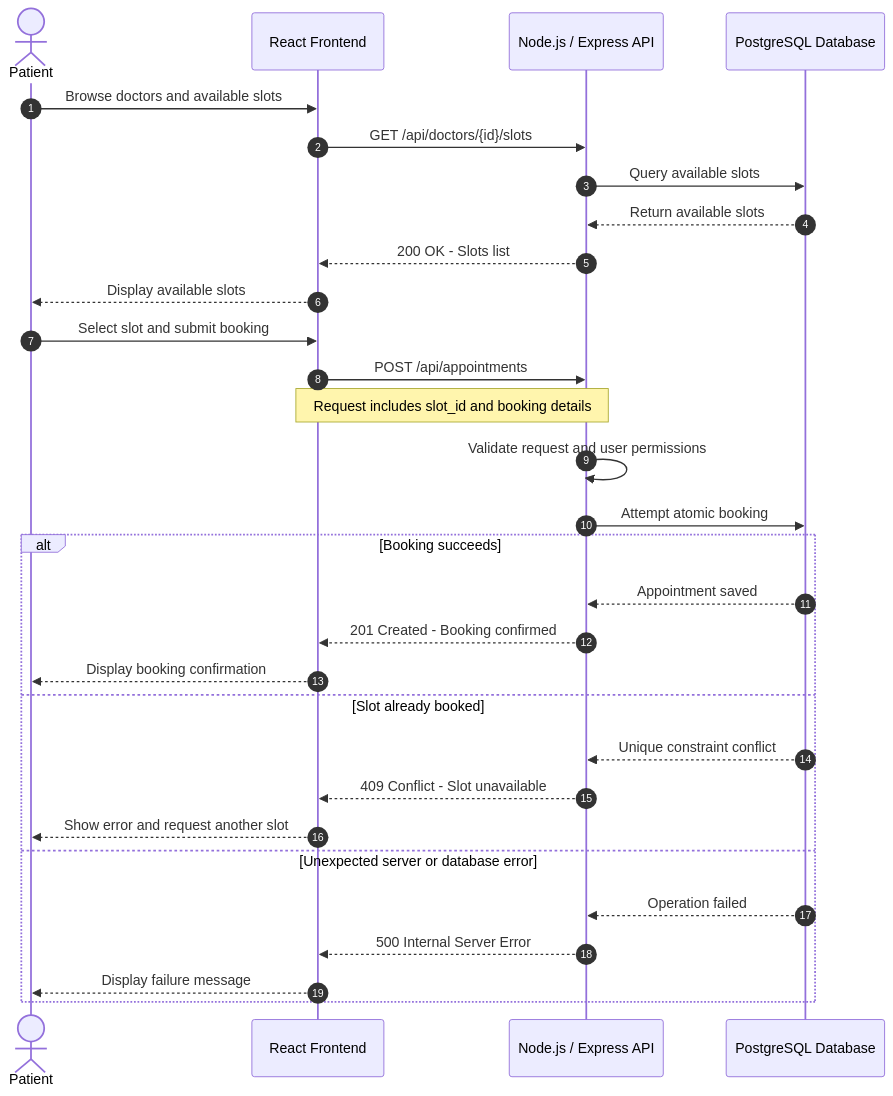
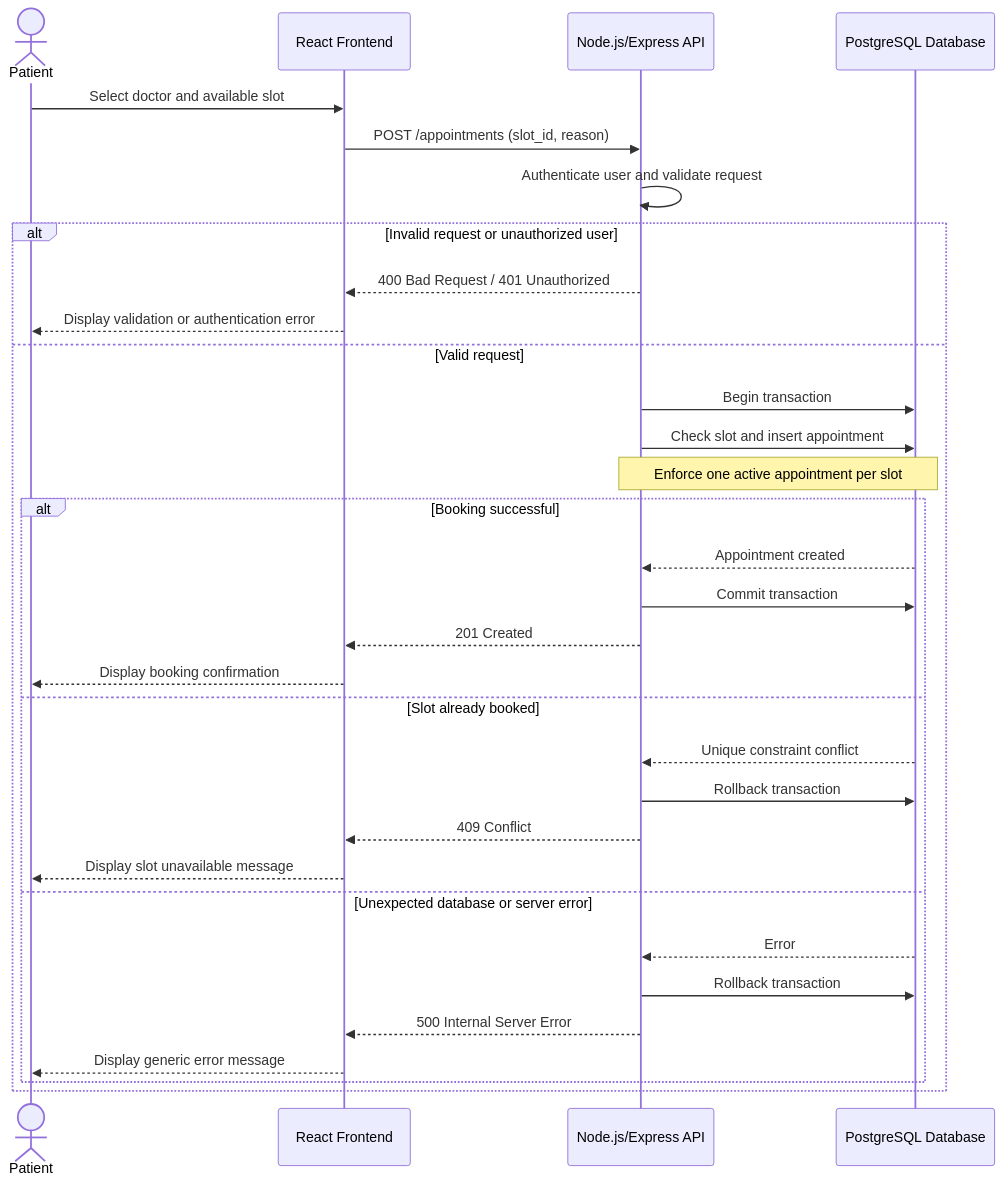
One commit to feloaref/scalable-telemedicine-platform changed the third of 6 diagrams in DATA_FLOW_DIAGRAMS.md. Above: the diagram before and after it, drawn with Mermaid.

Commit message:
DATA_FLOW_DIAGRAMS.md

````diff
--- a/DATA_FLOW_DIAGRAMS.md
+++ b/DATA_FLOW_DIAGRAMS.md
@@ -64,36 +64,38 @@
 ```mermaid
+
 sequenceDiagram
-    autonumber
     actor Patient
     participant FE as React Frontend
-    participant BE as Node.js / Express API
+    participant API as Node.js/Express API
     participant DB as PostgreSQL Database
 
-    Patient->>FE: Browse doctors and available slots
-    FE->>BE: GET /api/doctors/{id}/slots
-    BE->>DB: Query available slots
-    DB-->>BE: Return available slots
-    BE-->>FE: 200 OK - Slots list
-    FE-->>Patient: Display available slots
+    Patient->>FE: Select doctor and available slot
+    FE->>API: POST /appointments (slot_id, reason)
+    API->>API: Authenticate user and validate request
 
-    Patient->>FE: Select slot and submit booking
-    FE->>BE: POST /api/appointments
-    Note over FE,BE: Request includes slot_id and booking details
+    alt Invalid request or unauthorized user
+        API-->>FE: 400 Bad Request / 401 Unauthorized
+        FE-->>Patient: Display validation or authentication error
+    else Valid request
+        API->>DB: Begin transaction
+        API->>DB: Check slot and insert appointment
+        Note over API,DB: Enforce one active appointment per slot
+        alt Booking successful
+            DB-->>API: Appointment created
+            API->>DB: Commit transaction
+            API-->>FE: 201 Created
+            FE-->>Patient: Display booking confirmation
+        else Slot already booked
+            DB-->>API: Unique constraint conflict
+            API->>DB: Rollback transaction
+            API-->>FE: 409 Conflict
+            FE-->>Patient: Display slot unavailable message
+        else Unexpected database or server error
+            DB-->>API: Error
+            API->>DB: Rollback transaction
+            API-->>FE: 500 Internal Server Error
+            FE-->>Patient: Display generic error message
+        end
+    end
 
-    BE->>BE: Validate request and user permissions
-    BE->>DB: Attempt atomic booking
-
-    alt Booking succeeds
-        DB-->>BE: Appointment saved
-        BE-->>FE: 201 Created - Booking confirmed
-        FE-->>Patient: Display booking confirmation
-    else Slot already booked
-        DB-->>BE: Unique constraint conflict
-        BE-->>FE: 409 Conflict - Slot unavailable
-        FE-->>Patient: Show error and request another slot
-    else Unexpected server or database error
-        DB-->>BE: Operation failed
-        BE-->>FE: 500 Internal Server Error
-        FE-->>Patient: Display failure message
-    end
 ```
````
